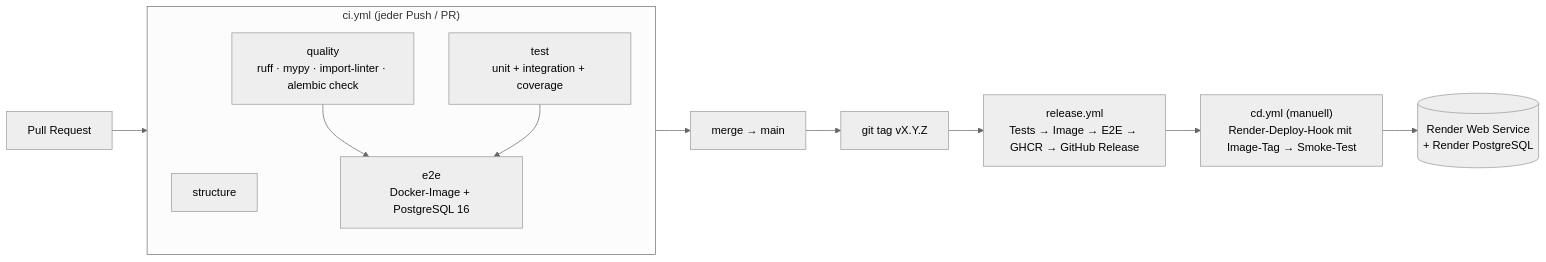
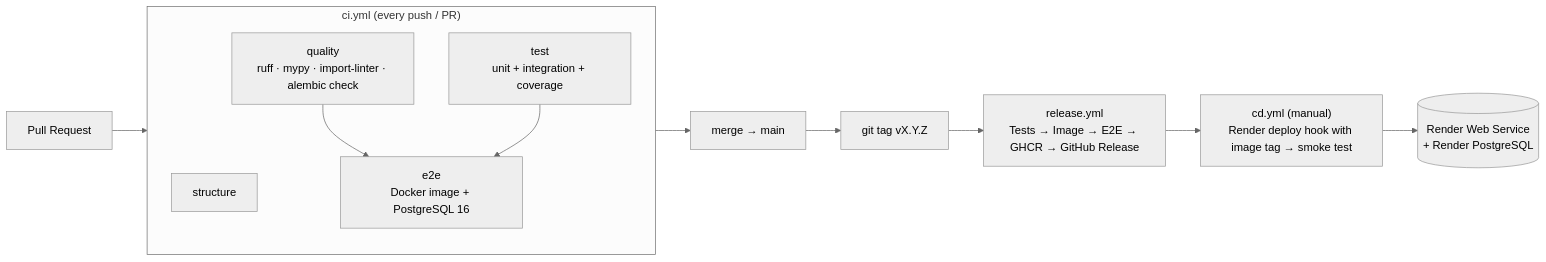
Before and after one commit to jasin-jusufi/fairshare: the fifth of 5 diagrams in README.md, drawn with Mermaid (neutral theme). The commit also changed other lines of this file and 5 other files, not shown here.

````diff
--- a/README.md
+++ b/README.md
@@ -253,17 +252,17 @@
 ```mermaid
 flowchart LR
     PR["Pull Request"] --> CI
-    subgraph CI["ci.yml (jeder Push / PR)"]
+    subgraph CI["ci.yml (every push / PR)"]
         st[structure] 
         q["quality<br/>ruff · mypy · import-linter · alembic check"]
         t["test<br/>unit + integration + coverage"]
-        e["e2e<br/>Docker-Image + PostgreSQL 16"]
+        e["e2e<br/>Docker image + PostgreSQL 16"]
         q --> e
         t --> e
     end
     CI --> M["merge → main"]
     M --> Tag["git tag vX.Y.Z"]
     Tag --> R["release.yml<br/>Tests → Image → E2E → GHCR → GitHub Release"]
-    R --> CD["cd.yml (manuell)<br/>Render-Deploy-Hook mit Image-Tag → Smoke-Test"]
+    R --> CD["cd.yml (manual)<br/>Render deploy hook with image tag → smoke test"]
     CD --> Render[("Render Web Service<br/>+ Render PostgreSQL")]
 ```
````
